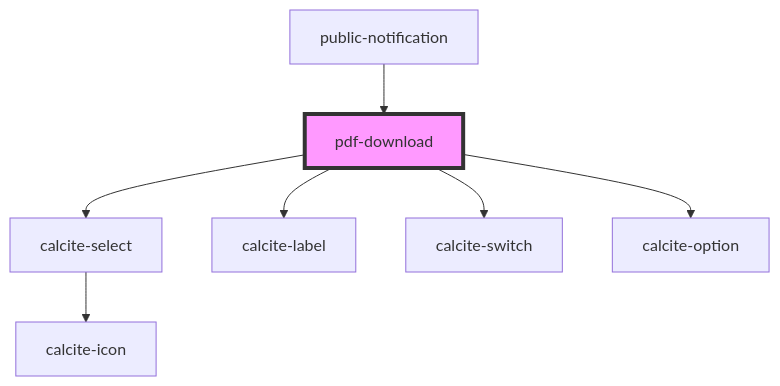
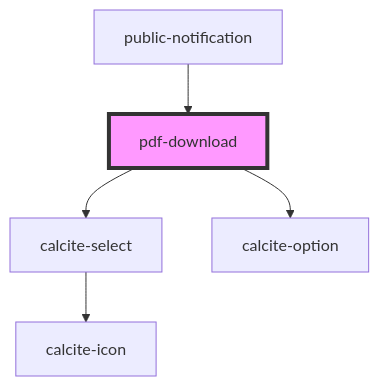
The diagram in src/components/pdf-download/readme.md (Esri/solutions-components), drawn with Mermaid before and after one commit. The commit also changed other lines of this file and 108 other files, not shown here.

````diff
--- a/src/components/pdf-download/readme.md
+++ b/src/components/pdf-download/readme.md
@@ -31,10 +27,8 @@
 ```mermaid
 graph TD;
   pdf-download --> calcite-select
-  pdf-download --> calcite-label
-  pdf-download --> calcite-switch
   pdf-download --> calcite-option
   calcite-select --> calcite-icon
   public-notification --> pdf-download
   style pdf-download fill:#f9f,stroke:#333,stroke-width:4px
 ```
````
